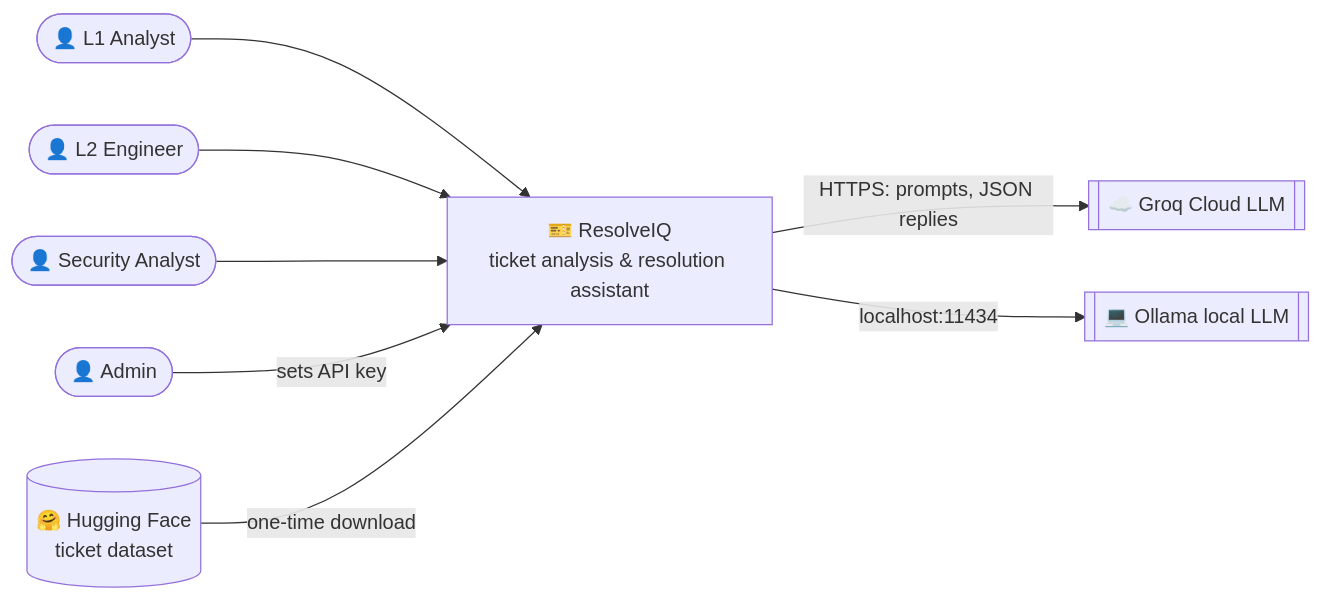
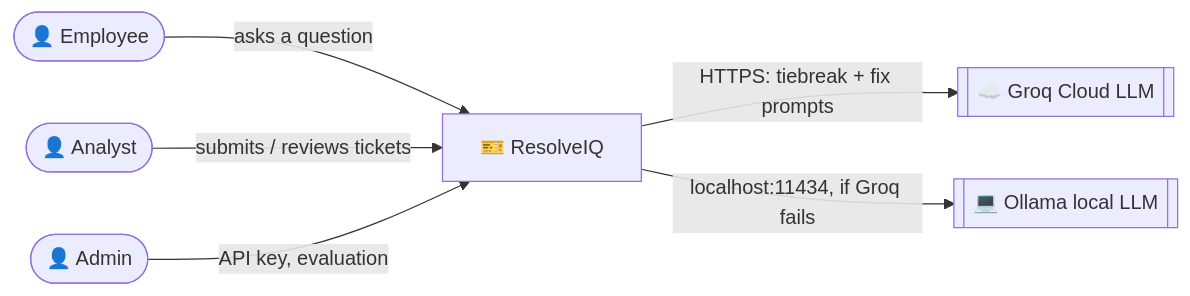
Before and after one commit to groov33/HCLTech_RAGsToRiches: the first of 7 diagrams in Docs/HLD.md, drawn with Mermaid. The commit also changed other lines of this file and 21 other files, not shown here.

````diff
--- a/Docs/HLD.md
+++ b/Docs/HLD.md
@@ -18,13 +27,11 @@
 ```mermaid
 flowchart LR
-    L1(["👤 L1 Analyst"]) --> SYS
-    L2(["👤 L2 Engineer"]) --> SYS
-    SEC(["👤 Security Analyst"]) --> SYS
-    ADM(["👤 Admin"]) -->|"sets API key"| SYS
+    EMP(["👤 Employee"]) -->|"asks a question"| SYS
+    AN(["👤 Analyst"]) -->|"submits / reviews tickets"| SYS
+    ADM(["👤 Admin"]) -->|"API key, evaluation"| SYS
 
-    SYS["🎫 ResolveIQ<br/>ticket analysis & resolution assistant"]
+    SYS["🎫 ResolveIQ"]
 
-    SYS -->|"HTTPS: prompts, JSON replies"| GROQ[["☁️ Groq Cloud LLM"]]
-    SYS -->|"localhost:11434"| OLL[["💻 Ollama local LLM"]]
-    HF[("🤗 Hugging Face<br/>ticket dataset")] -->|"one-time download"| SYS
+    SYS -->|"HTTPS: tiebreak + fix prompts"| GROQ[["☁️ Groq Cloud LLM"]]
+    SYS -->|"localhost:11434, if Groq fails"| OLL[["💻 Ollama local LLM"]]
 ```
````
